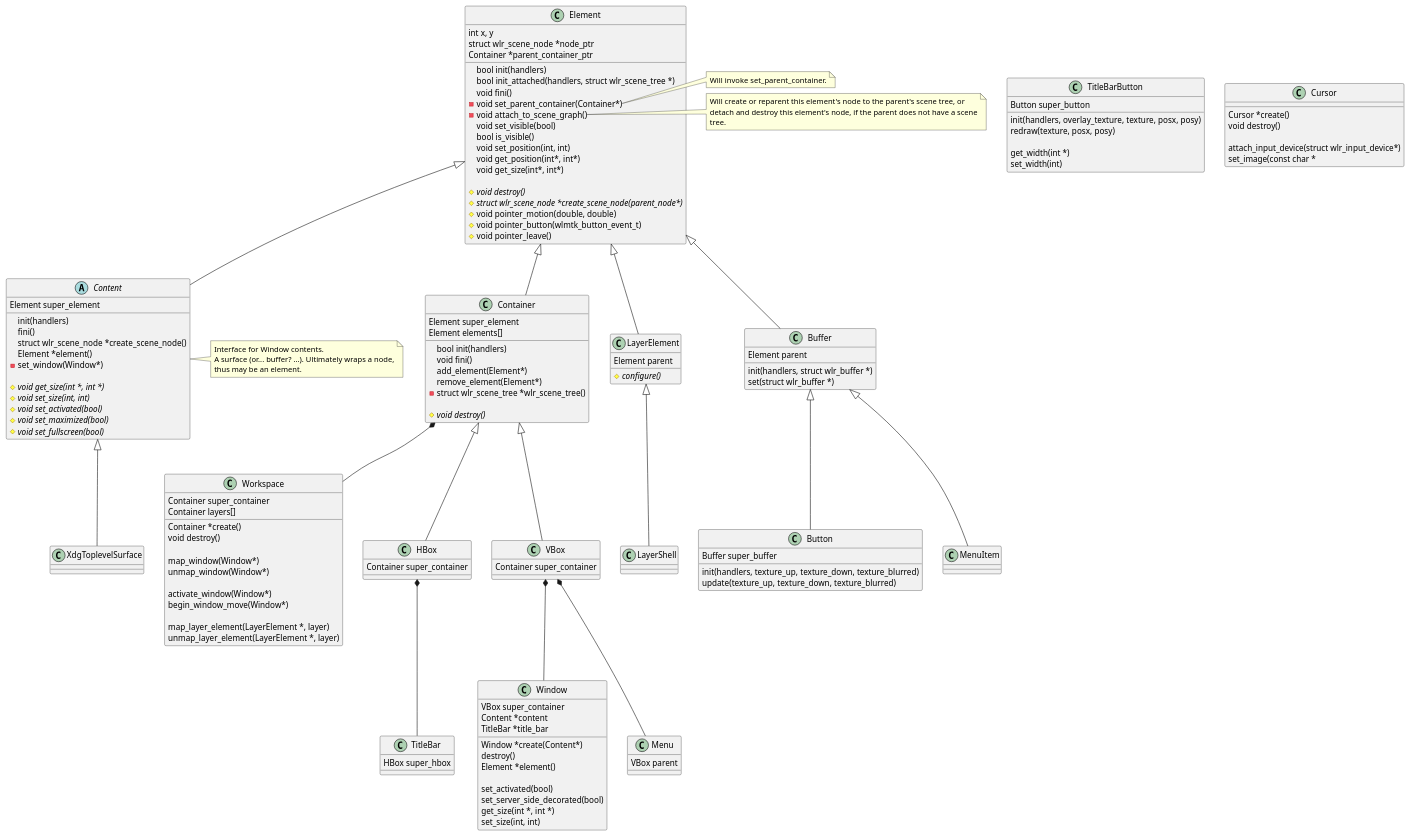
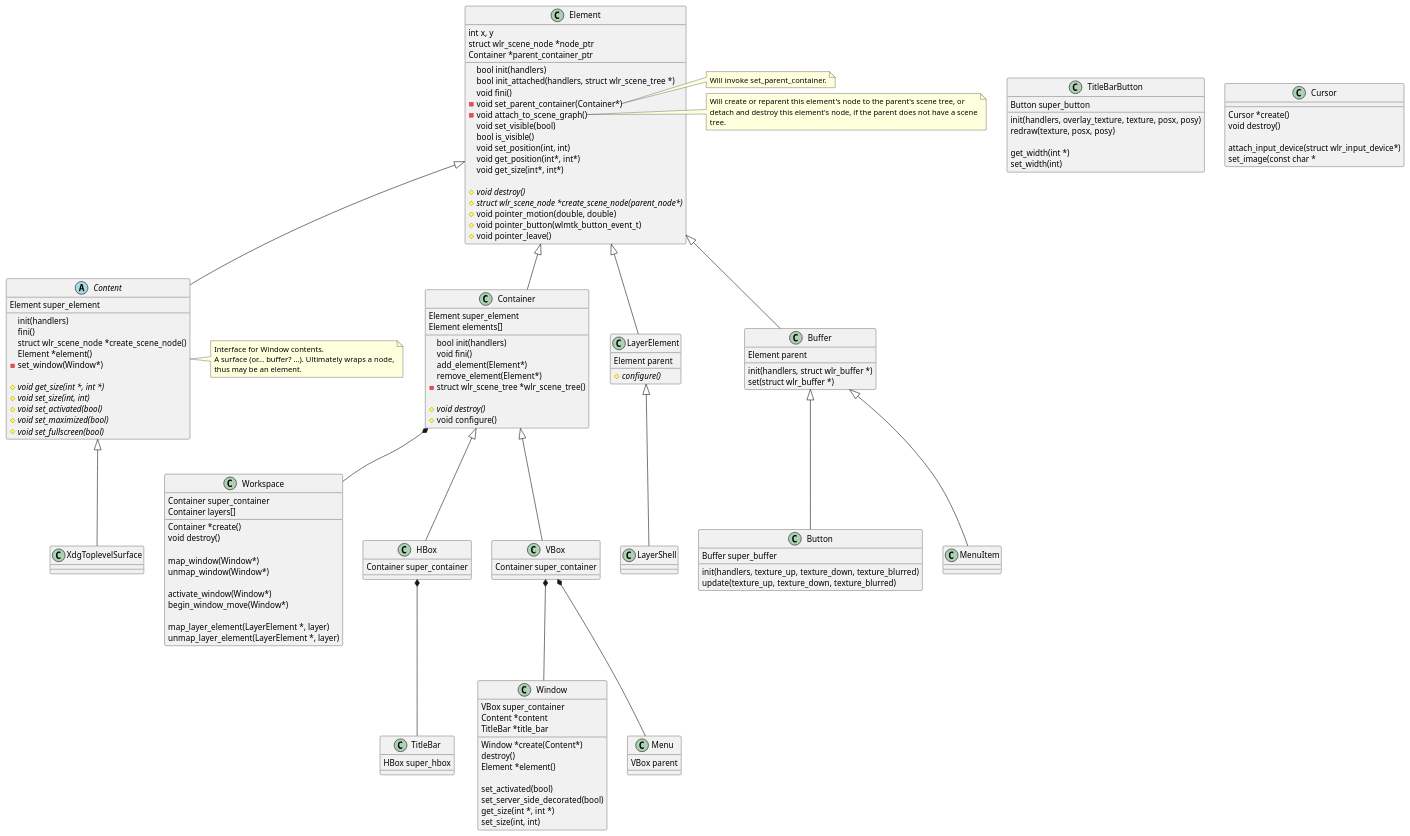
The first of 2 diagrams in src/toolkit/toolkit.md (phkaeser/wlmaker), drawn with PlantUML before and after one commit. The commit also changed 8 other files, not shown here.

```diff
--- a/src/toolkit/toolkit.md
+++ b/src/toolkit/toolkit.md
@@ -65,6 +65,7 @@
   -struct wlr_scene_tree *wlr_scene_tree()
 
   {abstract}#void destroy()
+  #void configure()
 }
 Element <|-- Container
 note right of Element::"add_element(Element*)"
```
